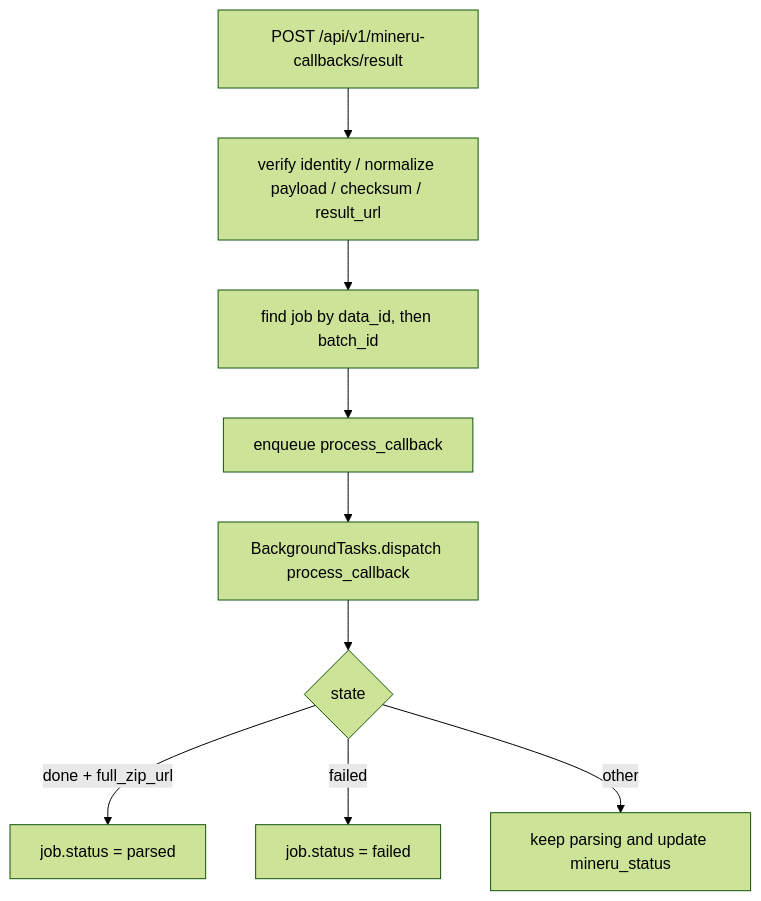
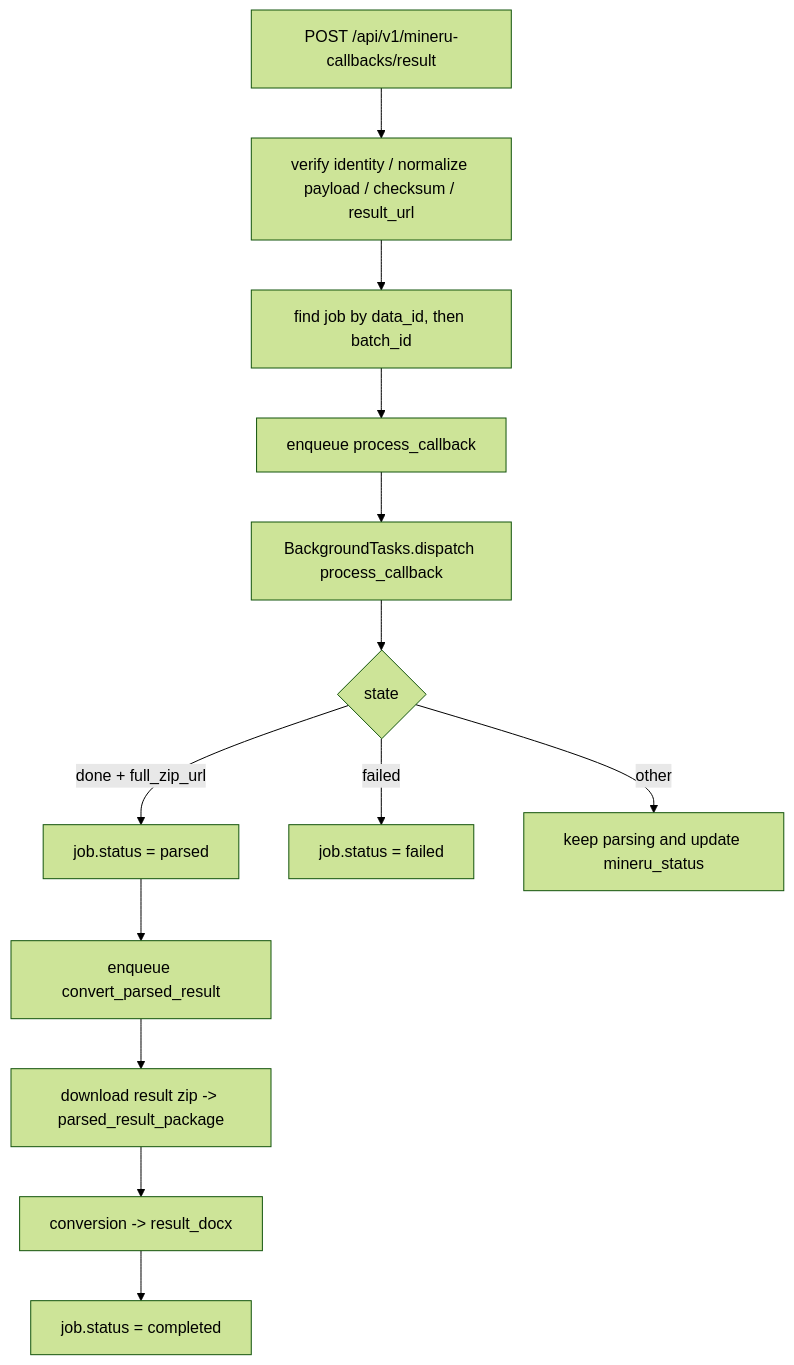
One commit to ccisnoxx/md2word changed the ninth of 9 diagrams in .codestable/architecture/backend-fastapi-service.md. Above: the diagram before and after it, drawn with Mermaid (forest theme). The commit also changed other lines of this file and 176 other files, not shown here.

````diff
--- a/.codestable/architecture/backend-fastapi-service.md
+++ b/.codestable/architecture/backend-fastapi-service.md
@@ -91,11 +227,15 @@
 ```mermaid
 flowchart TD
     A["POST /api/v1/mineru-callbacks/result"] --> B["verify identity / normalize payload / checksum / result_url"]
     B --> C["find job by data_id, then batch_id"]
     C --> D["enqueue process_callback"]
     D --> E["BackgroundTasks.dispatch process_callback"]
     E --> F{"state"}
     F -->|done + full_zip_url| G["job.status = parsed"]
-    F -->|failed| H["job.status = failed"]
-    F -->|other| I["keep parsing and update mineru_status"]
+    G --> H1["enqueue convert_parsed_result"]
+    H1 --> I1["download result zip -> parsed_result_package"]
+    I1 --> J1["conversion -> result_docx"]
+    J1 --> K1["job.status = completed"]
+    F -->|failed| H2["job.status = failed"]
+    F -->|other| I2["keep parsing and update mineru_status"]
 ```
````
